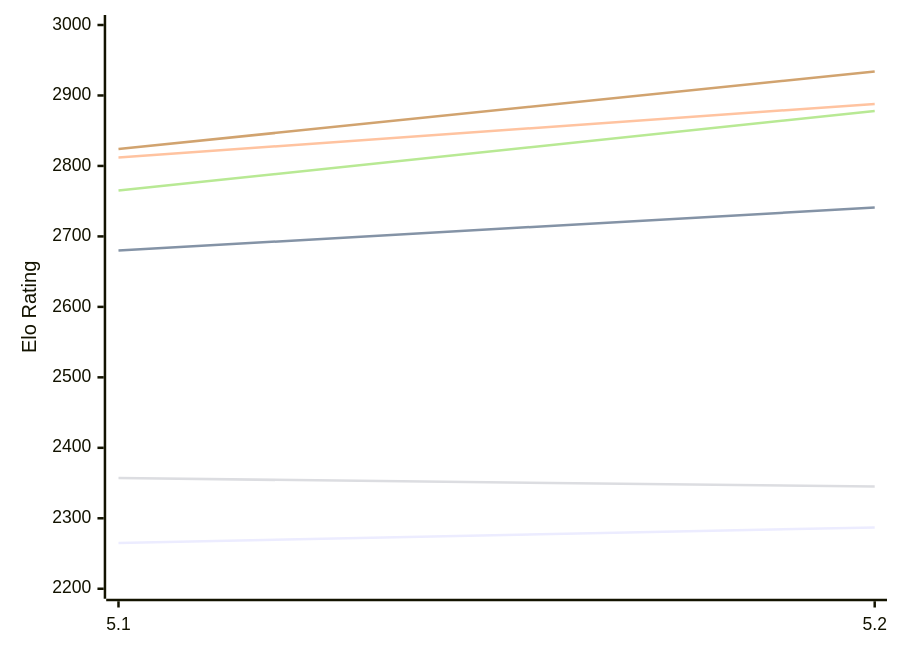
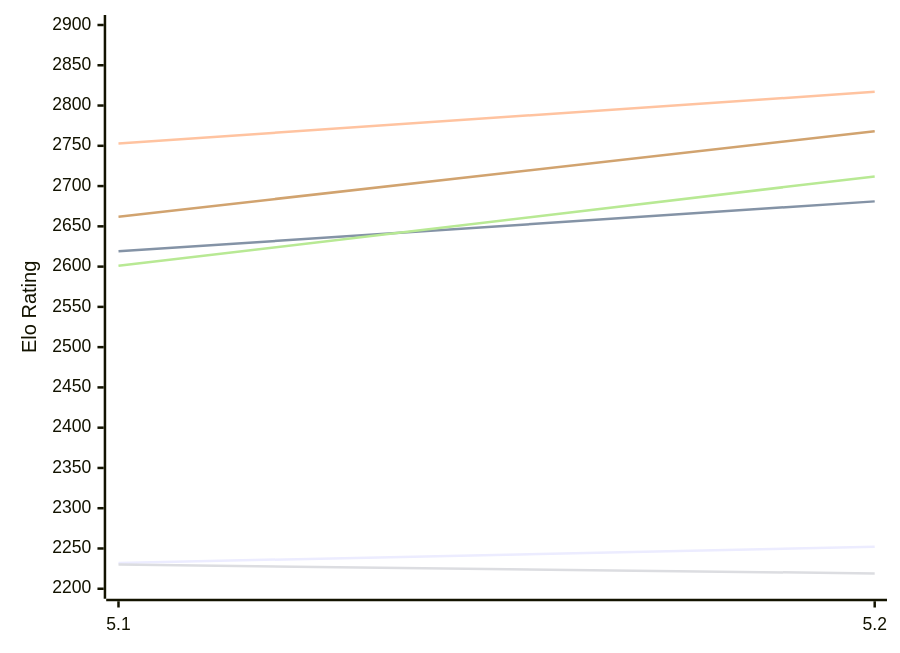
The first of 2 diagrams in engines/Dorky.md (computer-chess-index/cci), drawn with Mermaid before and after one commit. The commit also changed other lines of this file, not shown here.

Commit message:
Update CCI Ratings (ELO VLTC) - 2026-11-13

````diff
--- a/engines/Dorky.md
+++ b/engines/Dorky.md
@@ -50,12 +50,12 @@
 ```mermaid
 %%{init: {"theme":"base","themeVariables":{"seriesColors:['#a3a3a3','#222221','#faa371']}}}%%
 xychart-beta
   x-axis ["5.1", "5.2"]
-  y-axis "Elo Rating" 2200 --> 3000
-  line "E1: STC (8.0+0.08s)" [2265, 2287]
-  line "E1: LTC (60.0+0.60s)" [2680, 2741]
-  line "E1: VLTC (2m24s+1.12s)" [2812, 2888]
-  line "P1: STC (8.0+0.08s)" [2357, 2345]
-  line "P1: LTC (60.0+0.60s)" [2765, 2878]
-  line "P1: VLTC (2m24s+1.12s)" [2824, 2934]
+  y-axis "Elo Rating" 2200 --> 2900
+  line "E1: STC (8.0+0.08s)" [2232, 2252]
+  line "E1: LTC (60.0+0.60s)" [2619, 2681]
+  line "E1: VLTC (2m24s+1.12s)" [2753, 2817]
+  line "P1: STC (8.0+0.08s)" [2230, 2219]
+  line "P1: LTC (60.0+0.60s)" [2601, 2712]
+  line "P1: VLTC (2m24s+1.12s)" [2662, 2768]
 ```
````
